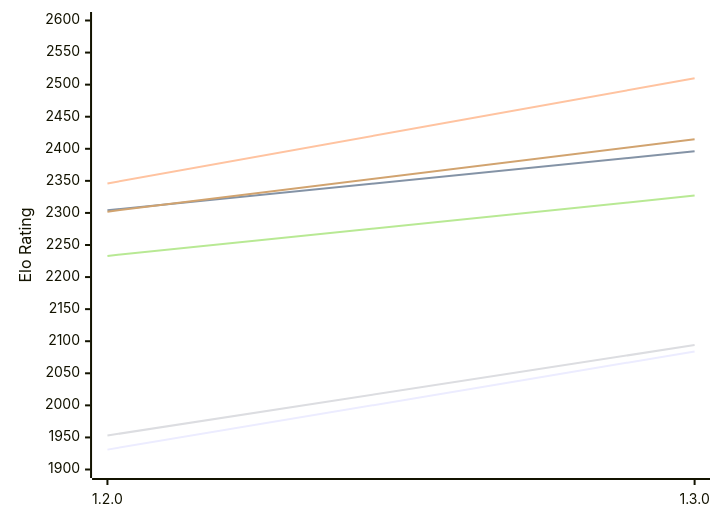
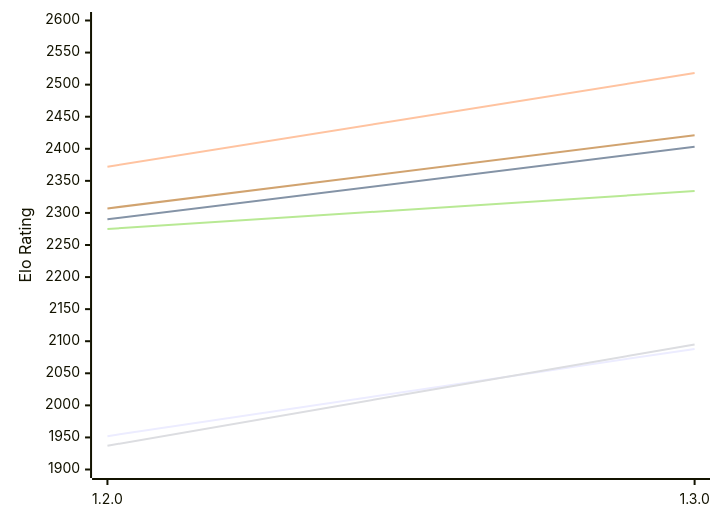
Before and after one commit to computer-chess-index/cci: the first of 2 diagrams in engines/Anodos.md, drawn with Mermaid. The commit also changed other lines of this file, not shown here.

Commit message:
Update CCI Ratings (ELO VLTC) - 2026-11-16

````diff
--- a/engines/Anodos.md
+++ b/engines/Anodos.md
@@ -52,12 +52,12 @@
 ```mermaid
 %%{init: {"theme":"base","themeVariables":{"seriesColors:['#a3a3a3','#222221','#faa371']}}}%%
 xychart-beta
   x-axis ["1.2.0", "1.3.0"]
   y-axis "Elo Rating" 1900 --> 2600
-  line "E1: STC (8.0+0.08s)" [1931, 2084]
-  line "E1: LTC (60.0+0.60s)" [2304, 2396]
-  line "E1: VLTC (2m24s+1.12s)" [2346, 2510]
-  line "P1: STC (8.0+0.08s)" [1953, 2094]
-  line "P1: LTC (60.0+0.60s)" [2233, 2327]
-  line "P1: VLTC (2m24s+1.12s)" [2302, 2415]
+  line "E1: STC (8.0+0.08s)" [1952, 2088]
+  line "E1: LTC (60.0+0.60s)" [2290, 2403]
+  line "E1: VLTC (2m24s+1.12s)" [2372, 2518]
+  line "P1: STC (8.0+0.08s)" [1937, 2095]
+  line "P1: LTC (60.0+0.60s)" [2275, 2334]
+  line "P1: VLTC (2m24s+1.12s)" [2307, 2421]
 ```
````
